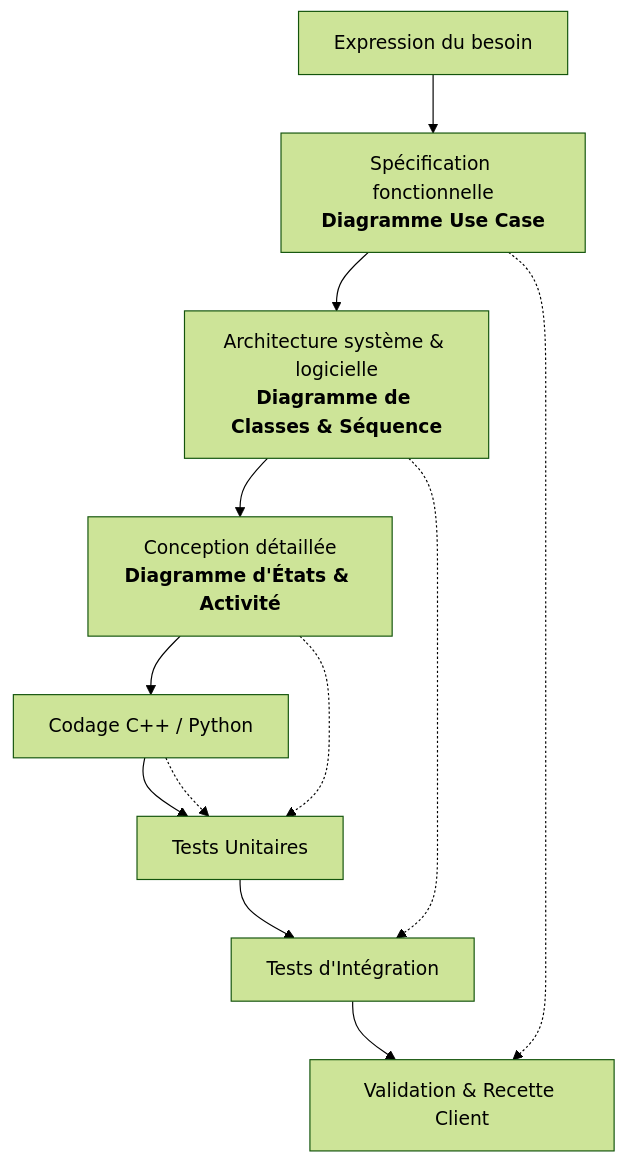
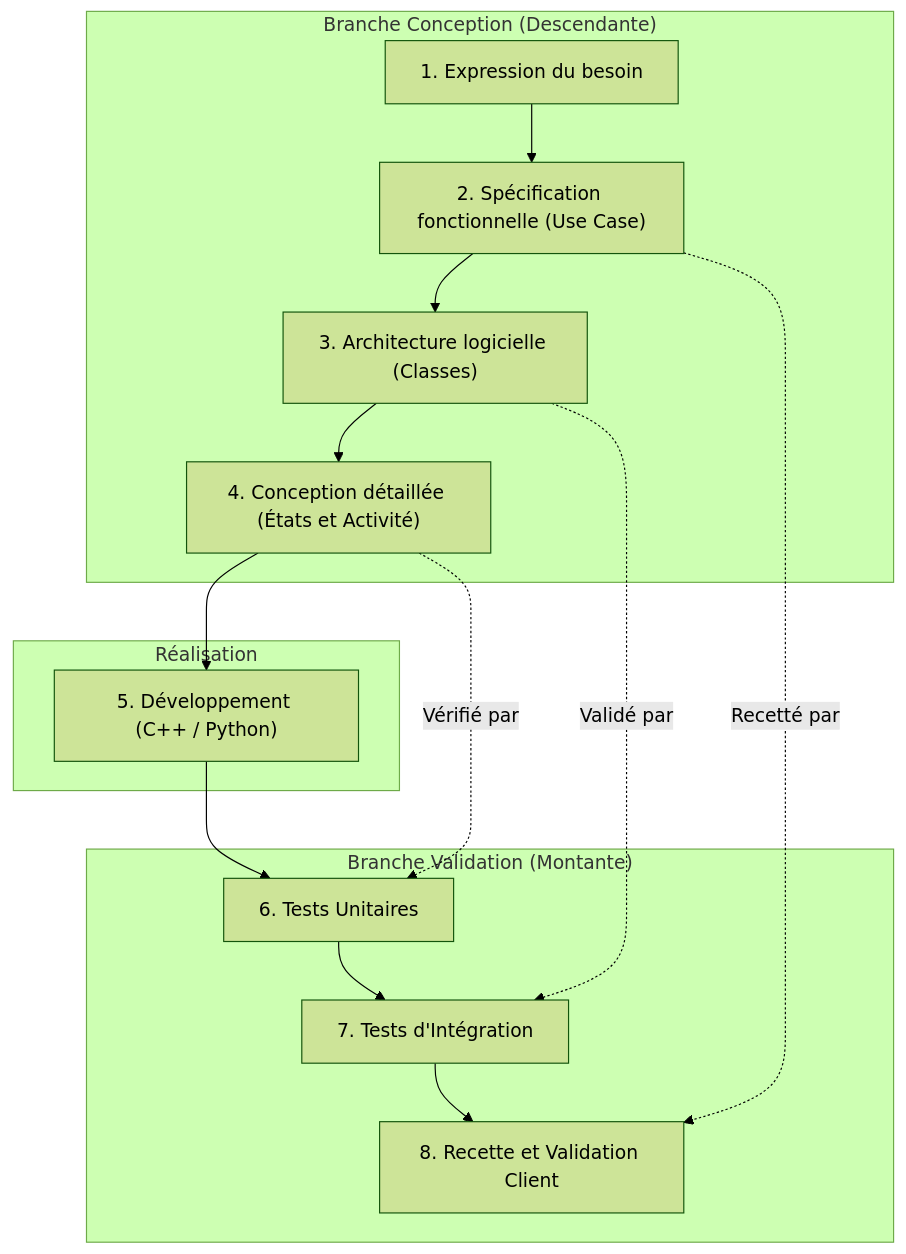
The first of 2 diagrams in cours/01-demarche-conception-uml/README.md (CIEL2-JR-UML/template-ciel2-uml), drawn with Mermaid (forest theme) before and after one commit. The commit also changed other lines of this file and 3 other files, not shown here.

Commit message:
fix(mermaid): correction de la syntaxe des diagrammes pour GitHub

````diff
--- a/cours/01-demarche-conception-uml/README.md
+++ b/cours/01-demarche-conception-uml/README.md
@@ -25,15 +25,31 @@
 ```mermaid
 flowchart TD
-    A[Expression du besoin] --> B[Spécification fonctionnelle<br><b>Diagramme Use Case</b>]
-    B --> C[Architecture système & logicielle<br><b>Diagramme de Classes & Séquence</b>]
-    C --> D[Conception détaillée<br><b>Diagramme d'États & Activité</b>]
-    D --> E[Codage C++ / Python]
-    E --> F[Tests Unitaires]
-    F --> G[Tests d'Intégration]
-    G --> H[Validation & Recette Client]
-    
-    E -.-> F
-    D -.-> F
-    C -.-> G
-    B -.-> H
+    subgraph Conception["Branche Conception (Descendante)"]
+        A["1. Expression du besoin"]
+        B["2. Spécification fonctionnelle (Use Case)"]
+        C["3. Architecture logicielle (Classes)"]
+        D["4. Conception détaillée (États et Activité)"]
+    end
+
+    subgraph Realisation["Réalisation"]
+        E["5. Développement (C++ / Python)"]
+    end
+
+    subgraph Validation["Branche Validation (Montante)"]
+        F["6. Tests Unitaires"]
+        G["7. Tests d'Intégration"]
+        H["8. Recette et Validation Client"]
+    end
+
+    A --> B
+    B --> C
+    C --> D
+    D --> E
+    E --> F
+    F --> G
+    G --> H
+
+    D -.->|"Vérifié par"| F
+    C -.->|"Validé par"| G
+    B -.->|"Recetté par"| H
 ```
````
